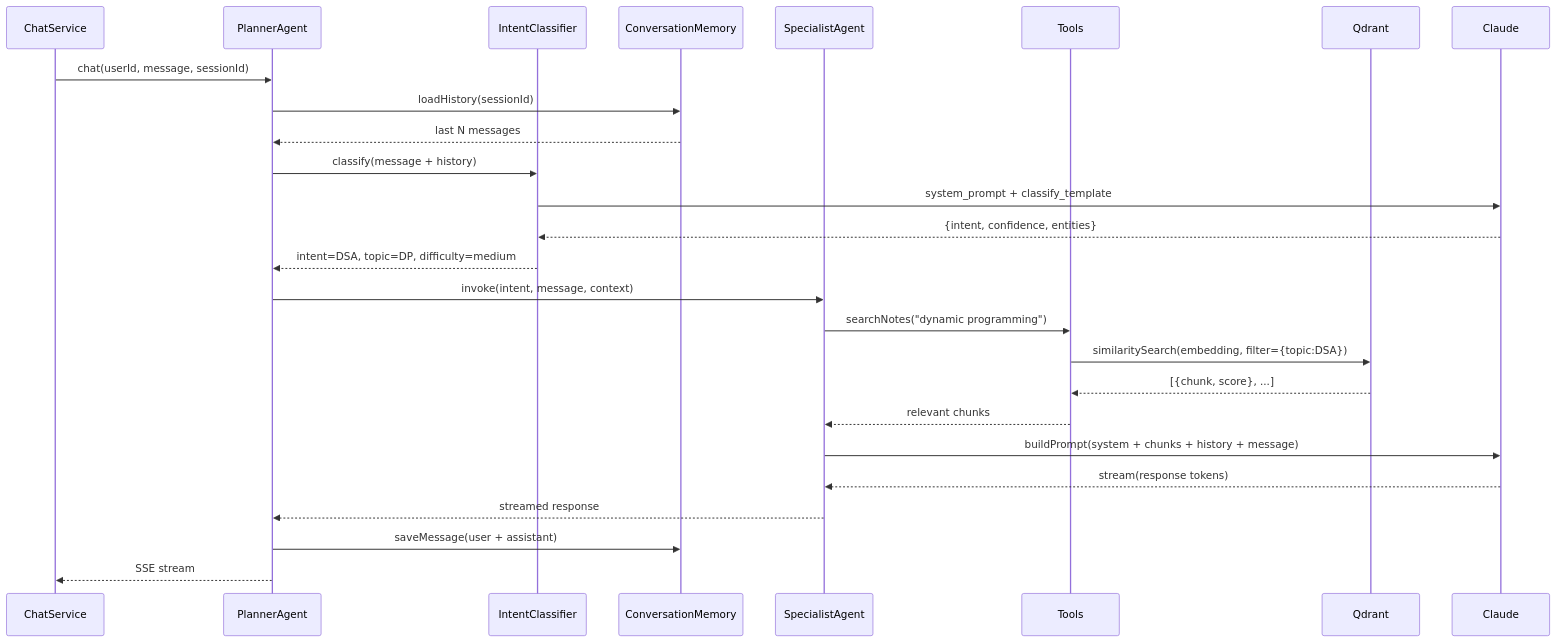
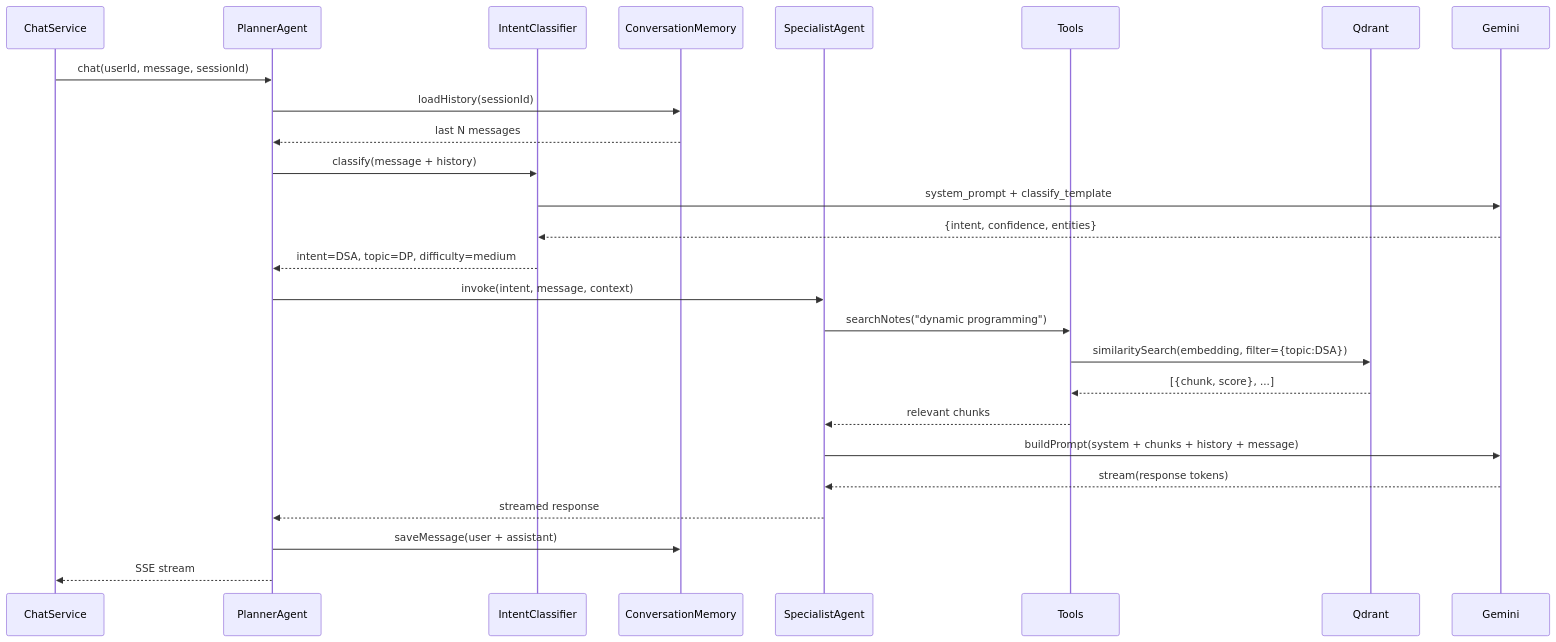
The third of 7 diagrams in design/LOW_LEVEL_ARCHITECTURE.md (aryan19jaiswal/marxAI), drawn with Mermaid before and after one commit. The commit also changed 12 other files, not shown here.

````diff
--- a/design/LOW_LEVEL_ARCHITECTURE.md
+++ b/design/LOW_LEVEL_ARCHITECTURE.md
@@ -208,31 +208,31 @@
 ```mermaid
 sequenceDiagram
     participant CS as ChatService
     participant PA as PlannerAgent
     participant IC as IntentClassifier
     participant CM as ConversationMemory
     participant AG as SpecialistAgent
     participant TOOL as Tools
     participant VDB as Qdrant
-    participant LLM as Claude
+    participant LLM as Gemini
 
     CS->>PA: chat(userId, message, sessionId)
     PA->>CM: loadHistory(sessionId)
     CM-->>PA: last N messages
     PA->>IC: classify(message + history)
     IC->>LLM: system_prompt + classify_template
     LLM-->>IC: {intent, confidence, entities}
     IC-->>PA: intent=DSA, topic=DP, difficulty=medium
 
     PA->>AG: invoke(intent, message, context)
     AG->>TOOL: searchNotes("dynamic programming")
     TOOL->>VDB: similaritySearch(embedding, filter={topic:DSA})
     VDB-->>TOOL: [{chunk, score}, ...]
     TOOL-->>AG: relevant chunks
 
     AG->>LLM: buildPrompt(system + chunks + history + message)
     LLM-->>AG: stream(response tokens)
     AG-->>PA: streamed response
     PA->>CM: saveMessage(user + assistant)
     PA-->>CS: SSE stream
 ```
````
